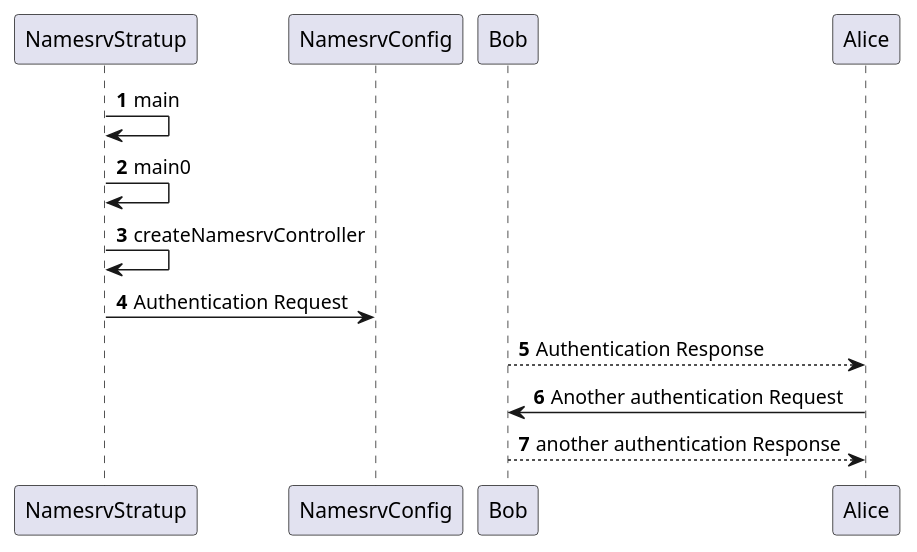
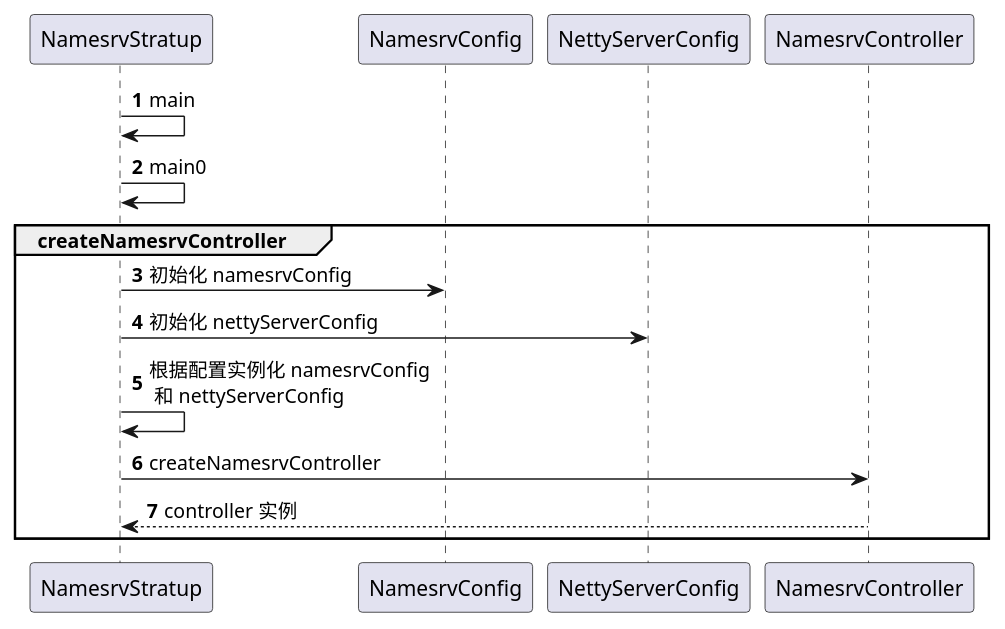
The diagram in namesrv/nameserver.puml (CleverZiv/rocketmq-master), drawn with PlantUML before and after one commit.

Commit message:
流程图

```diff
--- a/namesrv/nameserver.puml
+++ b/namesrv/nameserver.puml
@@ -1,14 +1,15 @@
 @startuml
 'https://plantuml.com/sequence-diagram
 
 autonumber
 
 NamesrvStratup -> NamesrvStratup: main
 NamesrvStratup -> NamesrvStratup: main0
-NamesrvStratup -> NamesrvStratup: createNamesrvController
-NamesrvStratup -> NamesrvConfig: Authentication Request
-Bob --> Alice: Authentication Response
-
-Alice -> Bob: Another authentication Request
-Alice <-- Bob: another authentication Response
+group createNamesrvController
+NamesrvStratup -> NamesrvConfig: 初始化 namesrvConfig
+NamesrvStratup -> NettyServerConfig: 初始化 nettyServerConfig
+NamesrvStratup -> NamesrvStratup: 根据配置实例化 namesrvConfig \n 和 nettyServerConfig
+NamesrvStratup -> NamesrvController: createNamesrvController
+NamesrvController --> NamesrvStratup: controller 实例
+end
 @enduml
```
